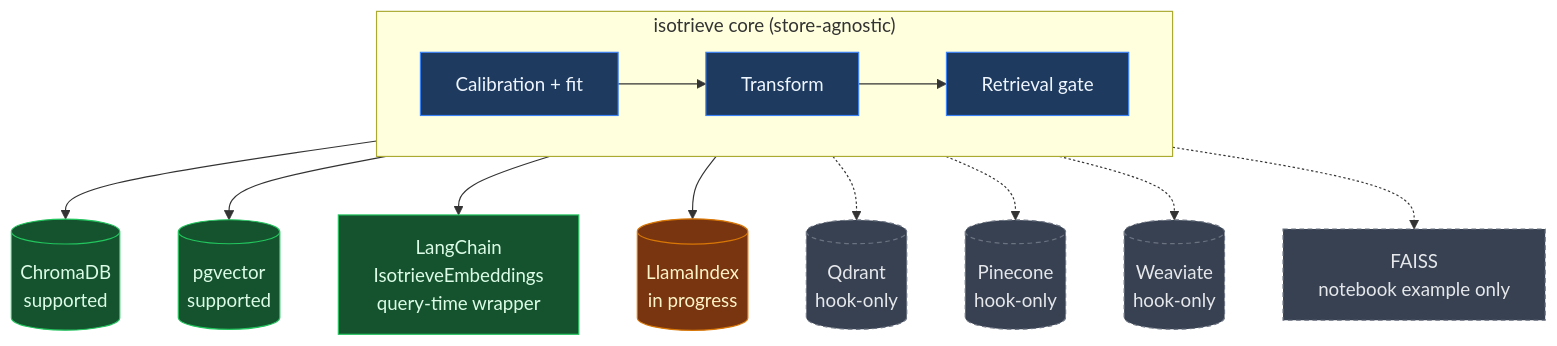
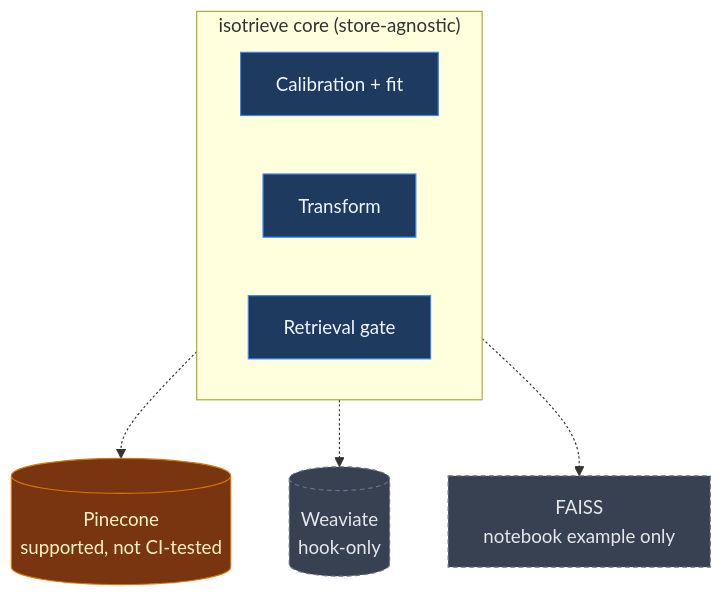
The second of 2 diagrams in README.md (krish1925/isotrieve), drawn with Mermaid before and after one commit. The commit also changed other lines of this file and 66 other files, not shown here.

````diff
--- a/README.md
+++ b/README.md
@@ -95,28 +87,22 @@
 ```mermaid
 flowchart TB
     subgraph Core["isotrieve core (store-agnostic)"]
         direction LR
         Calib[Calibration + fit]
         Xform[Transform]
         Gate[Retrieval gate]
-        Calib --> Xform --> Gate
     end
 
-    Core --> Chroma[(ChromaDB<br/>supported)]
-    Core --> PGV[(pgvector<br/>supported)]
-    Core --> LC[LangChain<br/>IsotrieveEmbeddings<br/>query-time wrapper]
-    Core --> LI[(LlamaIndex<br/>in progress)]
-    Core -.-> QD[(Qdrant<br/>hook-only)]
-    Core -.-> PC[(Pinecone<br/>hook-only)]
+    Core -.-> PC[(Pinecone<br/>supported, not CI-tested)]
     Core -.-> WV[(Weaviate<br/>hook-only)]
     Core -.-> FA[FAISS<br/>notebook example only]
 
     classDef core fill:#1e3a5f,stroke:#3b82f6,color:#eff6ff;
     classDef ready fill:#14532d,stroke:#22c55e,color:#dcfce7;
     classDef partial fill:#78350f,stroke:#d97706,color:#fef3c7;
     classDef planned fill:#374151,stroke:#6b7280,color:#e5e7eb,stroke-dasharray: 4 3;
     class Calib,Xform,Gate core;
-    class Chroma,PGV,LC ready;
-    class LI partial;
-    class QD,PC,WV,FA planned;
+    class Chroma,QD,PGV,LC,LI ready;
+    class PC partial;
+    class WV,FA planned;
 ```
````
